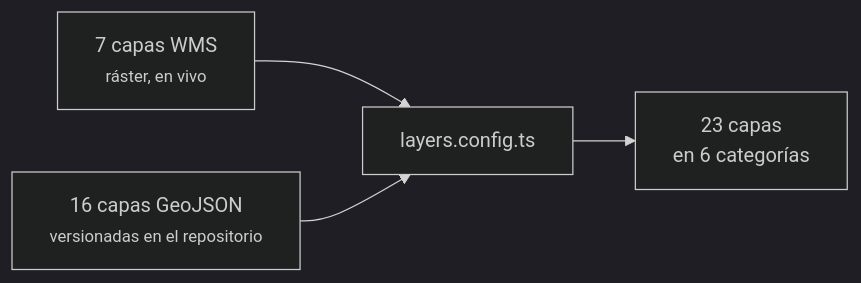
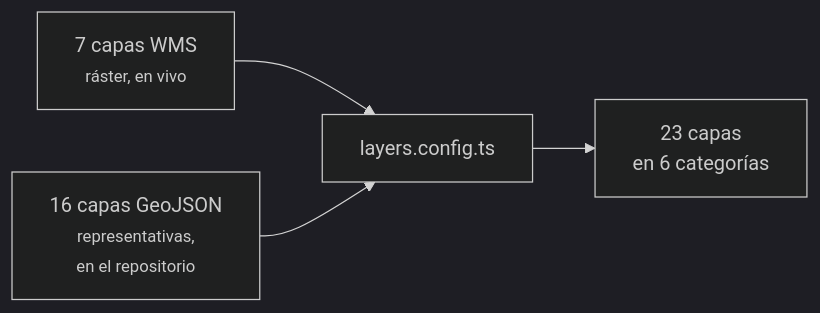
Before and after one commit to DevCristobalvc/geovisor-sevillavalle: the diagram in docs/generador/mmd/mt-03.mmd, drawn with Mermaid (dark theme). The commit also changed 49 other files, not shown here.

```diff
--- a/docs/generador/mmd/mt-03.mmd
+++ b/docs/generador/mmd/mt-03.mmd
@@ -1,4 +1,4 @@
 flowchart LR
     A["7 capas WMS<br/><small>ráster, en vivo</small>"] --> C["layers.config.ts"]
-    B["16 capas GeoJSON<br/><small>versionadas en el repositorio</small>"] --> C
+    B["16 capas GeoJSON<br/><small>representativas,<br/>en el repositorio</small>"] --> C
     C --> D["23 capas<br/>en 6 categorías"]
```
